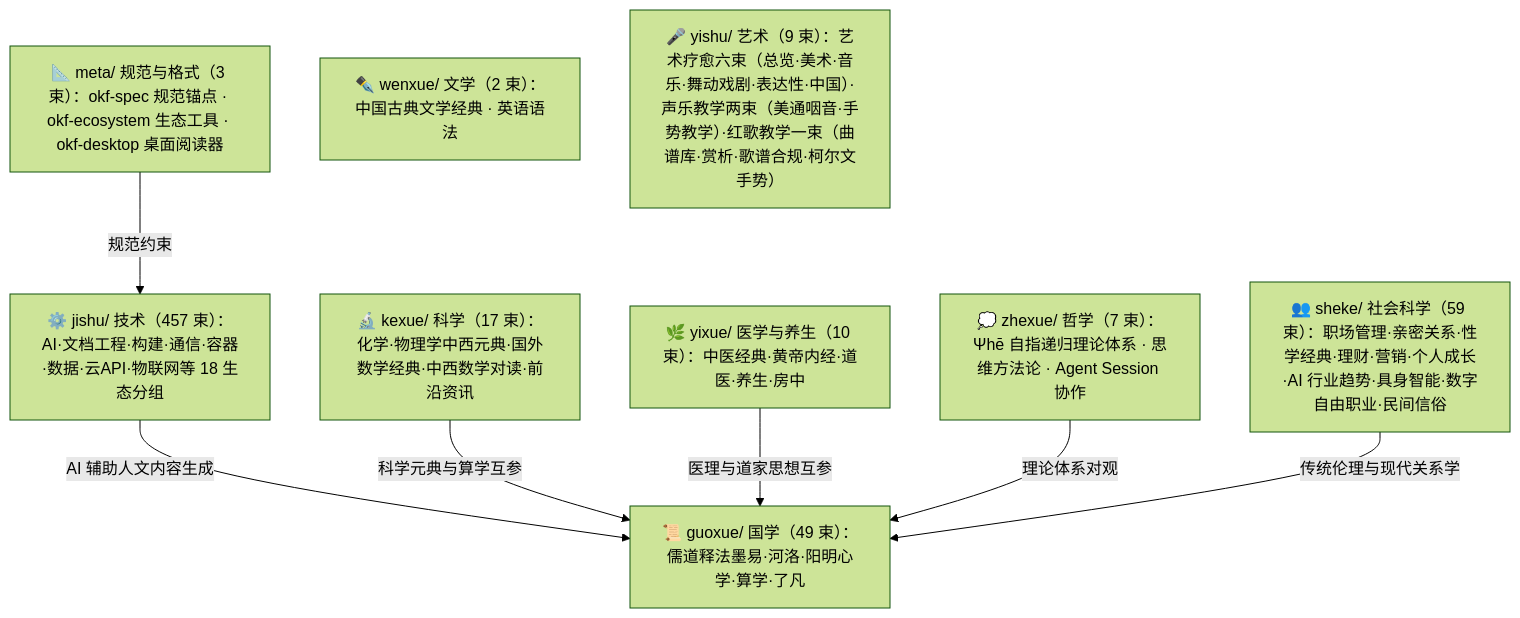
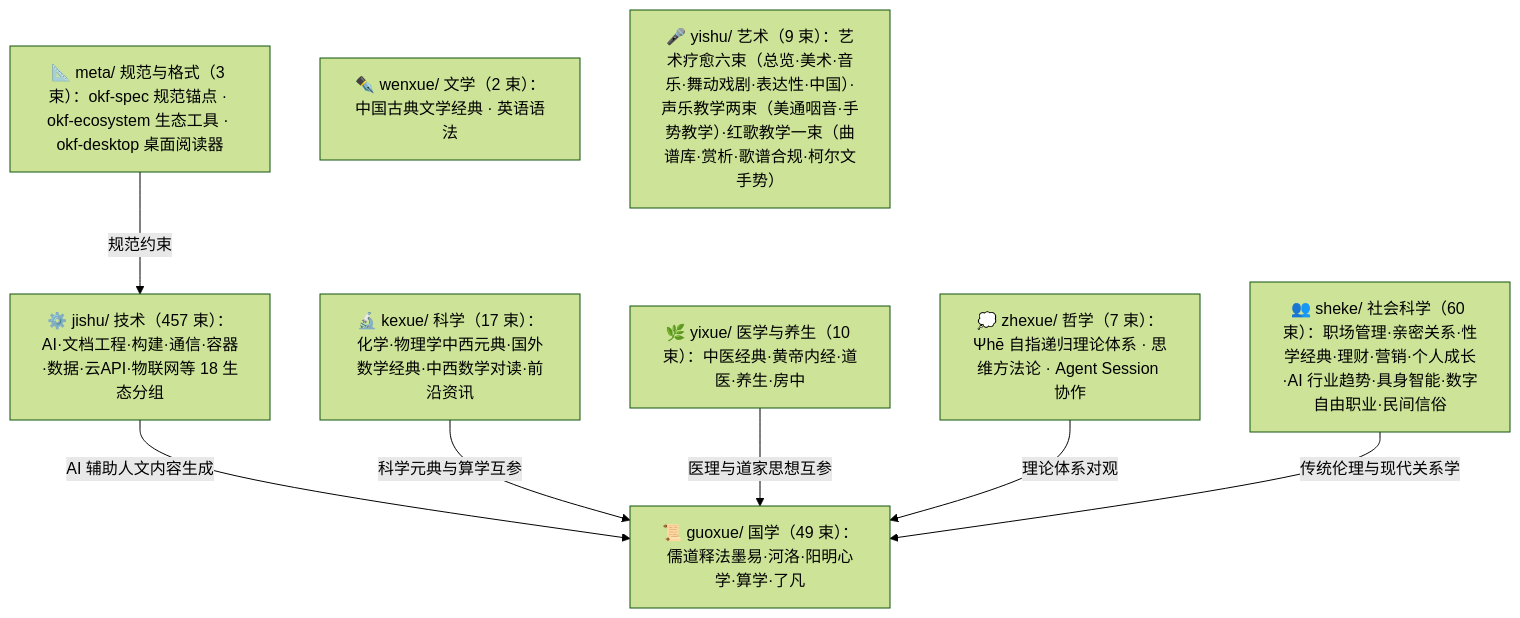
Before and after one commit to awesome-flexloop/awesome-okf: the diagram in doc/bundles/index.md, drawn with Mermaid (forest theme). The commit also changed other lines of this file and 15 other files, not shown here.

````diff
--- a/doc/bundles/index.md
+++ b/doc/bundles/index.md
@@ -21,18 +21,18 @@
 ```mermaid
 flowchart TD
     meta["📐 meta/ 规范与格式（3 束）：okf-spec 规范锚点 · okf-ecosystem 生态工具 · okf-desktop 桌面阅读器"]
     guoxue["📜 guoxue/ 国学（49 束）：儒道释法墨易·河洛·阳明心学·算学·了凡"]
     zhexue["💭 zhexue/ 哲学（7 束）：Ψhē 自指递归理论体系 · 思维方法论 · Agent Session 协作"]
     kexue["🔬 kexue/ 科学（17 束）：化学·物理学中西元典·国外数学经典·中西数学对读·前沿资讯"]
     wenxue["✒️ wenxue/ 文学（2 束）：中国古典文学经典 · 英语语法"]
     yixue["🌿 yixue/ 医学与养生（10 束）：中医经典·黄帝内经·道医·养生·房中"]
-    sheke["👥 sheke/ 社会科学（59 束）：职场管理·亲密关系·性学经典·理财·营销·个人成长·AI 行业趋势·具身智能·数字自由职业·民间信俗"]
+    sheke["👥 sheke/ 社会科学（60 束）：职场管理·亲密关系·性学经典·理财·营销·个人成长·AI 行业趋势·具身智能·数字自由职业·民间信俗"]
     yishu["🎤 yishu/ 艺术（9 束）：艺术疗愈六束（总览·美术·音乐·舞动戏剧·表达性·中国）·声乐教学两束（美通咽音·手势教学）·红歌教学一束（曲谱库·赏析·歌谱合规·柯尔文手势）"]
     jishu["⚙️ jishu/ 技术（457 束）：AI·文档工程·构建·通信·容器·数据·云API·物联网等 18 生态分组"]
     meta -->|"规范约束"| jishu
     jishu -->|"AI 辅助人文内容生成"| guoxue
     kexue -->|"科学元典与算学互参"| guoxue
     yixue -->|"医理与道家思想互参"| guoxue
     zhexue -->|"理论体系对观"| guoxue
     sheke -->|"传统伦理与现代关系学"| guoxue
 ```
````
